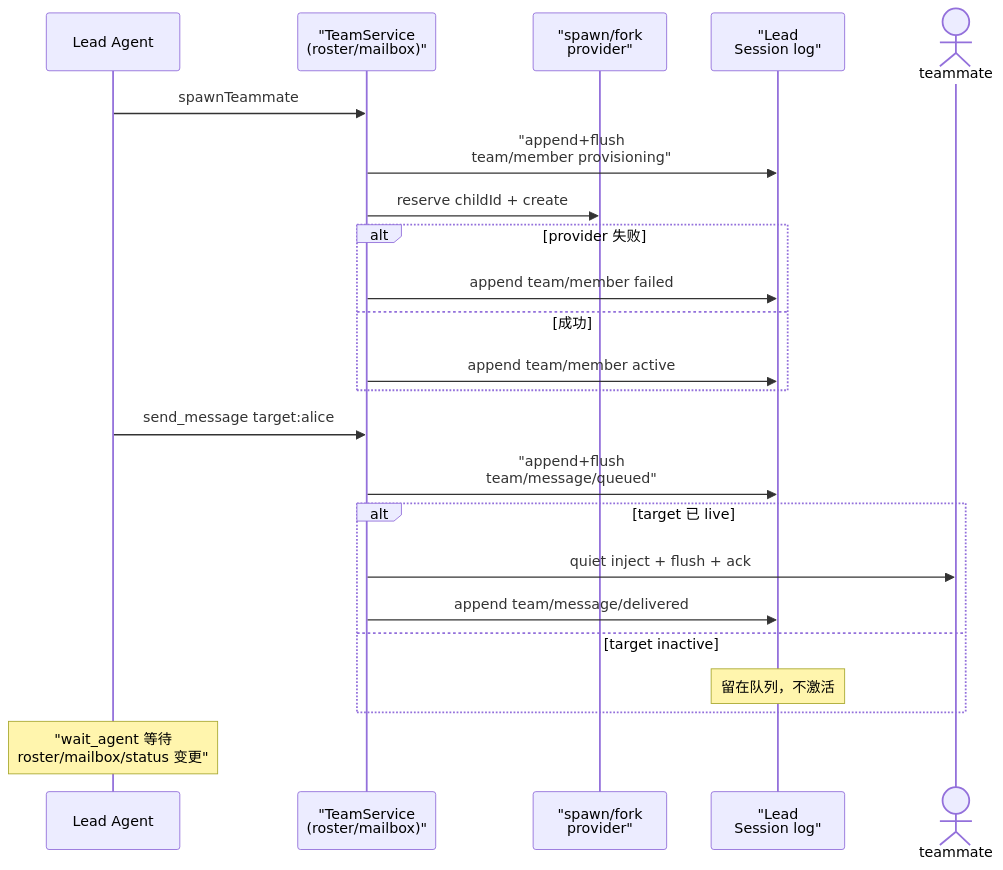
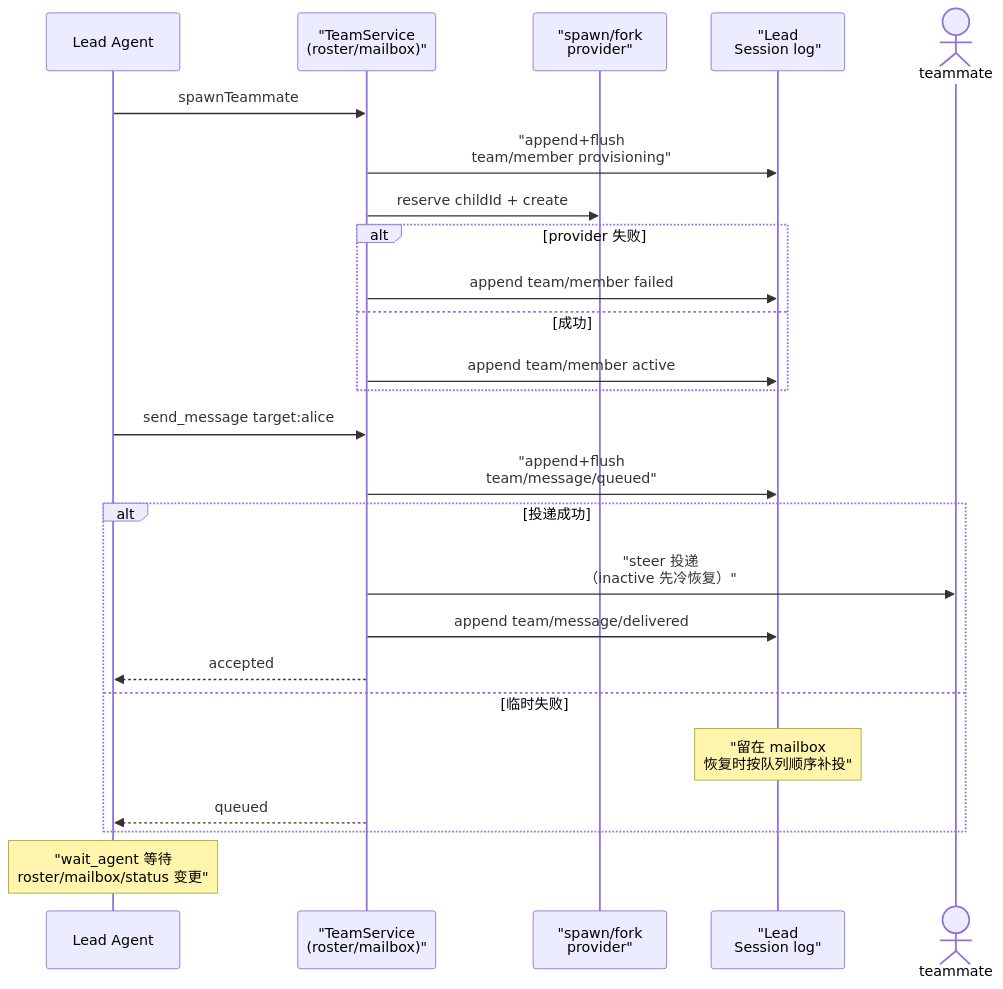
The diagram in ai-agent/deepseek-harness/agent-teams.md (morehao/oss-insights), drawn with Mermaid before and after one commit. The commit also changed other lines of this file and 27 other files, not shown here.

````diff
--- a/ai-agent/deepseek-harness/agent-teams.md
+++ b/ai-agent/deepseek-harness/agent-teams.md
@@ -87,27 +157,29 @@
 ```mermaid
 sequenceDiagram
     participant L as Lead Agent
     participant TM as "TeamService<br>(roster/mailbox)"
     participant PF as "spawn/fork<br>provider"
     participant S as "Lead<br>Session log"
     actor C as teammate
 
     L->>TM: spawnTeammate
     TM->>S: "append+flush<br>team/member provisioning"
     TM->>PF: reserve childId + create
     alt provider 失败
         TM->>S: append team/member failed
     else 成功
         TM->>S: append team/member active
     end
 
     L->>TM: send_message target:alice
     TM->>S: "append+flush<br>team/message/queued"
-    alt target 已 live
-        TM->>C: quiet inject + flush + ack
+    alt 投递成功
+        TM->>C: "steer 投递<br>（inactive 先冷恢复）"
         TM->>S: append team/message/delivered
-    else target inactive
-        Note over S: 留在队列，不激活
+        TM-->>L: accepted
+    else 临时失败
+        Note over S: "留在 mailbox<br>恢复时按队列顺序补投"
+        TM-->>L: queued
     end
     Note over L: "wait_agent 等待<br>roster/mailbox/status 变更"
 ```
````
